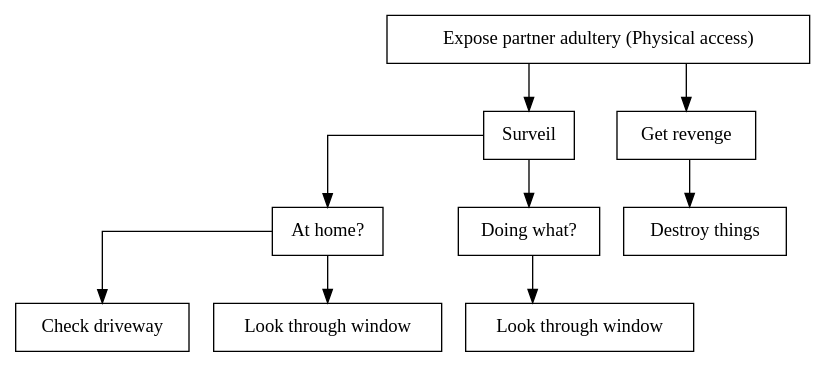
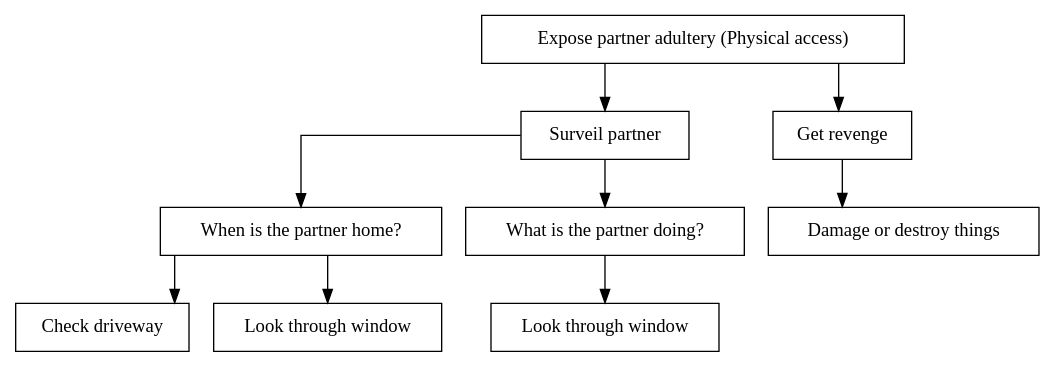
Before and after one commit to des904e15/report: the diagram in figures/graphviz/partner_vs_consumer_physical.dot, drawn with Graphviz. The commit also changed 2 other files, not shown here.

```diff
--- a/figures/graphviz/partner_vs_consumer_physical.dot
+++ b/figures/graphviz/partner_vs_consumer_physical.dot
@@ -1,30 +1,30 @@
 digraph finite_state_machine {
   node [shape = rectangle];
   graph [splines=ortho];
 
   root[label = "Expose partner adultery (Physical access)",shape=AND];
 
-  surveil[label="Surveil",shape=OR];
+  surveil[label="Surveil partner",shape=OR];
   root->surveil;
 
-    at_home[label="At home?",shape=OR];
+    at_home[label="When is the partner home?",shape=OR];
     surveil->at_home
 
       check_driveway[label="Check driveway"];
       at_home->check_driveway;
 
       look_window[label="Look through window"];
       at_home->look_window;
 
-    doing_what[label="Doing what?"];
+    doing_what[label="What is the partner doing?"];
     surveil->doing_what;
 
 look_window2[label="Look through window"];
       doing_what->look_window2;
 
   revenge[label="Get revenge"];
   root->revenge;
 
-    destroy_things[label="Destroy things"];
+    destroy_things[label="Damage or destroy things"];
     revenge->destroy_things;
 }
```
